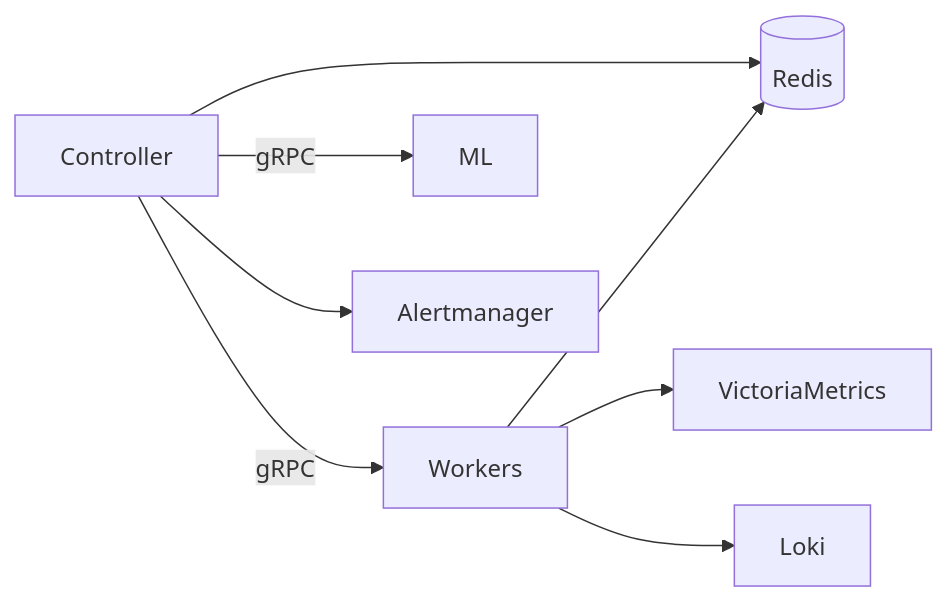
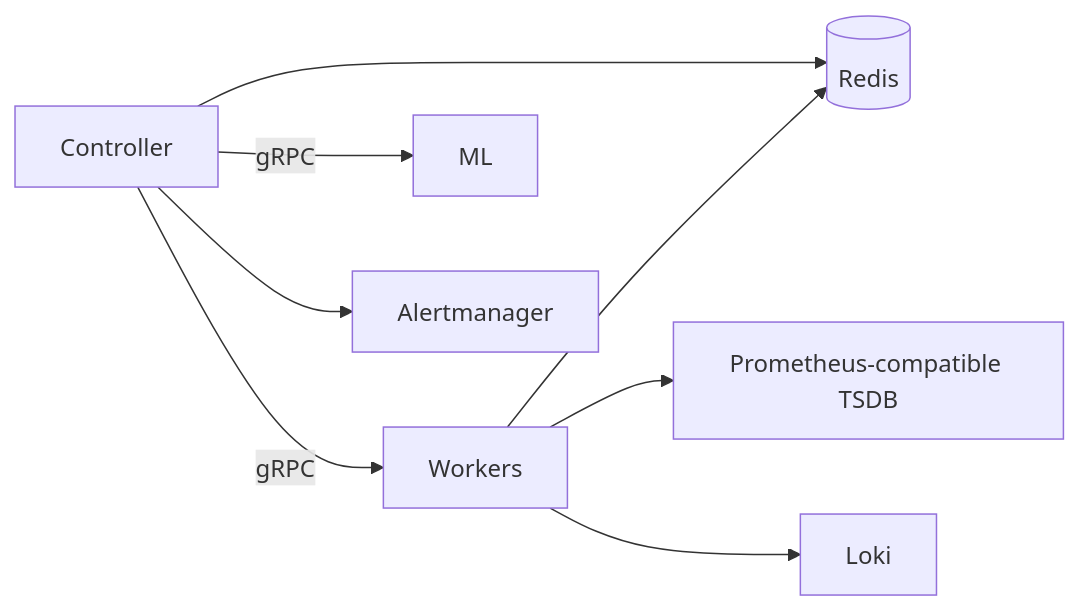
One commit to StaffOps/helm-charts changed the diagram in charts/anomaly-detection/README.md. Above: the diagram before and after it, drawn with Mermaid. The commit also changed other lines of this file and 5 other files, not shown here.

````diff
--- a/charts/anomaly-detection/README.md
+++ b/charts/anomaly-detection/README.md
@@ -36,10 +36,10 @@
 ```mermaid
 graph LR
   C[Controller] -->|gRPC| W[Workers]
   C -->|gRPC| ML[ML]
   C --> R[(Redis)]
   W --> R
-  W --> VM[VictoriaMetrics]
+  W --> TSDB[Prometheus-compatible TSDB]
   W --> Loki
   C --> AM[Alertmanager]
 ```
````
